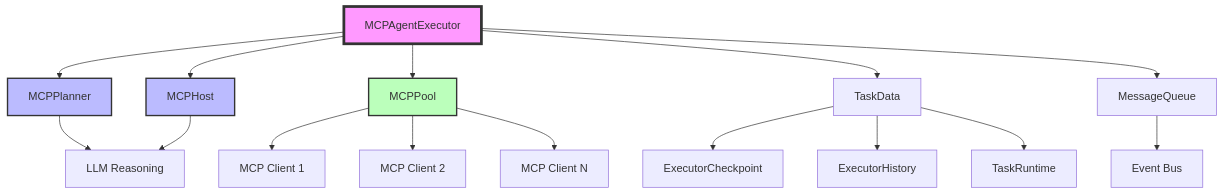
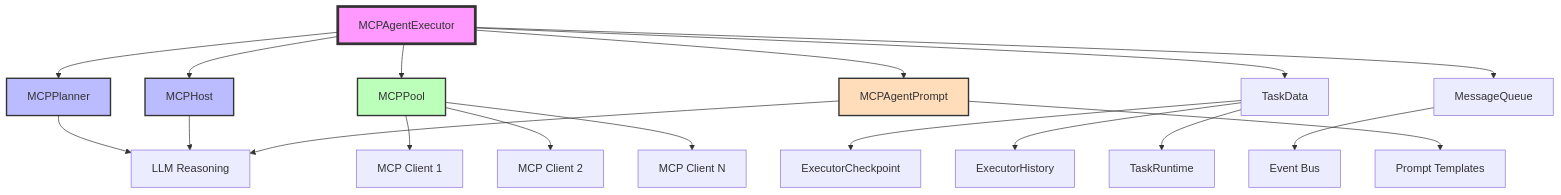
Before and after one commit to openeuler-mirror/euler-copilot-framework: the second of 13 diagrams in design/executor/agent.md, drawn with Mermaid. The commit also changed other lines of this file and 3 other files, not shown here.

````diff
--- a/design/executor/agent.md
+++ b/design/executor/agent.md
@@ -98,26 +116,31 @@
 ```mermaid
 graph TB
     A[MCPAgentExecutor] --> B[MCPPlanner]
     A --> C[MCPHost]
     A --> D[MCPPool]
     A --> E[TaskData]
     A --> F[MessageQueue]
+    A --> G[MCPAgentPrompt]
 
-    B --> G[LLM Reasoning]
-    C --> G
+    B --> H[LLM Reasoning]
+    C --> H
 
-    D --> H[MCP Client 1]
-    D --> I[MCP Client 2]
-    D --> J[MCP Client N]
+    D --> I[MCP Client 1]
+    D --> J[MCP Client 2]
+    D --> K[MCP Client N]
 
-    E --> K[ExecutorCheckpoint]
-    E --> L[ExecutorHistory]
-    E --> M[TaskRuntime]
+    E --> L[ExecutorCheckpoint]
+    E --> M[ExecutorHistory]
+    E --> N[TaskRuntime]
 
-    F --> N[Event Bus]
+    F --> O[Event Bus]
+
+    G --> P[Prompt Templates]
+    G --> H
 
     style A fill:#f9f,stroke:#333,stroke-width:4px
     style B fill:#bbf,stroke:#333,stroke-width:2px
     style C fill:#bbf,stroke:#333,stroke-width:2px
     style D fill:#bfb,stroke:#333,stroke-width:2px
+    style G fill:#fdb,stroke:#333,stroke-width:2px
 ```
````
